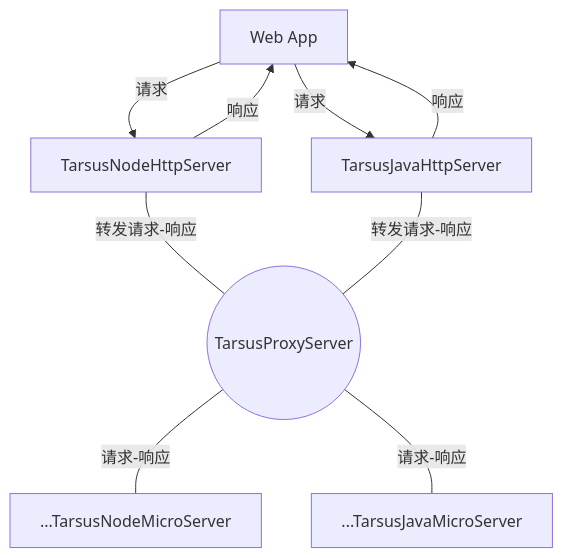
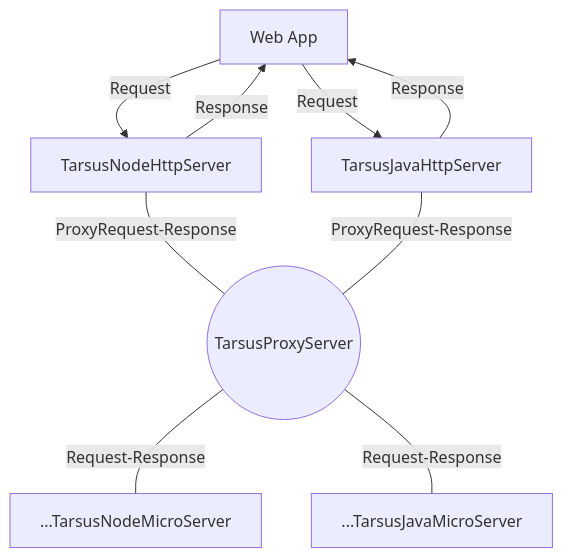
One commit to chelizichen/TarsusFrameWork changed the diagram in readme.md. Above: the diagram before and after it, drawn with Mermaid. The commit also changed other lines of this file, not shown here.

Commit message:
readme.md

````diff
--- a/readme.md
+++ b/readme.md
@@ -24,19 +24,19 @@
 ```mermaid
 graph TD
 
-  A1[Web App] -->|请求| B1[TarsusNodeHttpServer]
-  A1[Web App] -->|请求| B2[TarsusJavaHttpServer]
+  A1[Web App] -->|Request| B1[TarsusNodeHttpServer]
+  A1[Web App] -->|Request| B2[TarsusJavaHttpServer]
 
-  B1 -->|响应| A1
-  B2 -->|响应| A1
+  B1 -->|Response| A1
+  B2 -->|Response| A1
   
-  B1 ---|转发请求-响应| C((TarsusProxyServer))
-  B2 ---|转发请求-响应| C
+  B1 ---|ProxyRequest-Response| C((TarsusProxyServer))
+  B2 ---|ProxyRequest-Response| C
   
 
 
 
-  C ---|请求-响应| D[...TarsusNodeMicroServer]
-  C ---|请求-响应| E[...TarsusJavaMicroServer]
+  C ---|Request-Response| D[...TarsusNodeMicroServer]
+  C ---|Request-Response| E[...TarsusJavaMicroServer]
 
 ```
````
